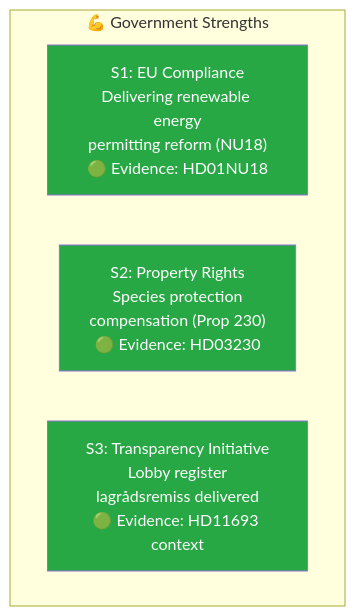
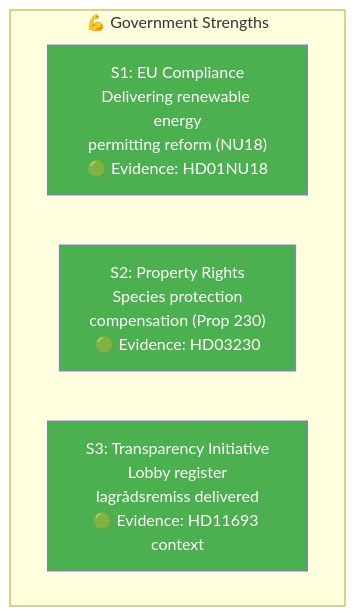
The first of 4 diagrams in analysis/daily/2026-04-08/realtime-1433/swot-analysis.md (Hack23/riksdagsmonitor), drawn with Mermaid before and after one commit. The commit also changed other lines of this file and 785 other files, not shown here.

First line of the commit message:
Normalize mermaid colors across 786 analysis artifacts to ISMS Style Guide palette

````diff
--- a/analysis/daily/2026-04-08/realtime-1433/swot-analysis.md
+++ b/analysis/daily/2026-04-08/realtime-1433/swot-analysis.md
@@ -22,12 +22,12 @@
 ```mermaid
 graph TD
     subgraph "💪 Government Strengths"
         S1["S1: EU Compliance<br/>Delivering renewable energy<br/>permitting reform (NU18)<br/>🟢 Evidence: HD01NU18"]
         S2["S2: Property Rights<br/>Species protection<br/>compensation (Prop 230)<br/>🟢 Evidence: HD03230"]
         S3["S3: Transparency Initiative<br/>Lobby register<br/>lagrådsremiss delivered<br/>🟢 Evidence: HD11693 context"]
     end
 
-    style S1 fill:#28a745,color:#fff
-    style S2 fill:#28a745,color:#fff
-    style S3 fill:#28a745,color:#fff
+    style S1 fill:#4CAF50,color:#FFFFFF
+    style S2 fill:#4CAF50,color:#FFFFFF
+    style S3 fill:#4CAF50,color:#FFFFFF
 ```
````
